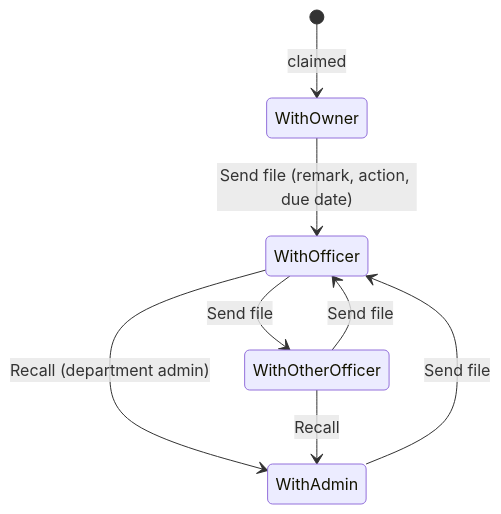
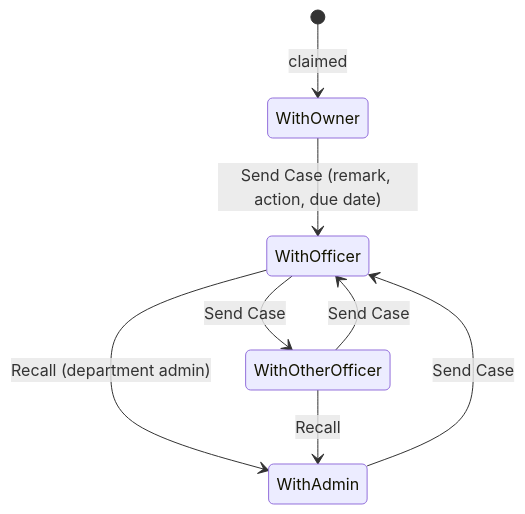
The ninth of 10 diagrams in docs/ASLMS_Process_Workflows.md (nayanlhuzuri/ASLMS), drawn with Mermaid before and after one commit. The commit also changed other lines of this file and 10 other files, not shown here.

First line of the commit message:
Documents brought up to date after rows 169, 175, 188, 190 and 197 (owner, 28 Oct 2026)

````diff
--- a/docs/ASLMS_Process_Workflows.md
+++ b/docs/ASLMS_Process_Workflows.md
@@ -591,10 +668,10 @@
 ```mermaid
 stateDiagram-v2
     [*] --> WithOwner: claimed
-    WithOwner --> WithOfficer: Send file (remark, action, due date)
-    WithOfficer --> WithOtherOfficer: Send file
-    WithOtherOfficer --> WithOfficer: Send file
+    WithOwner --> WithOfficer: Send Case (remark, action, due date)
+    WithOfficer --> WithOtherOfficer: Send Case
+    WithOtherOfficer --> WithOfficer: Send Case
     WithOfficer --> WithAdmin: Recall (department admin)
     WithOtherOfficer --> WithAdmin: Recall
-    WithAdmin --> WithOfficer: Send file
+    WithAdmin --> WithOfficer: Send Case
 ```
````
